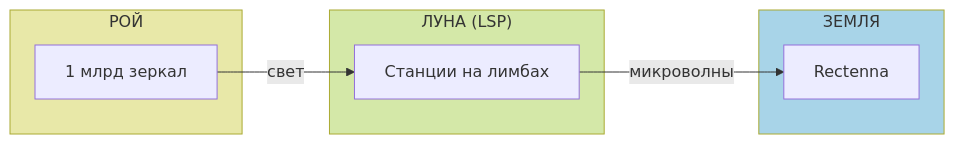
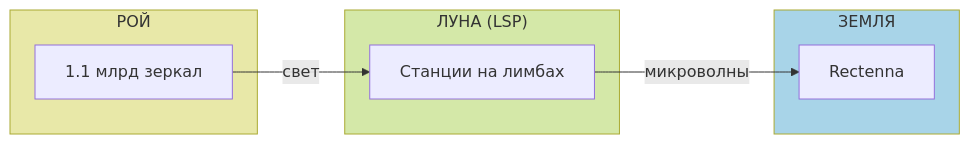
The third of 7 diagrams in ru/science/summaries/production.qmd (DmitryNasikanov/infinite-energy), drawn with Mermaid before and after one commit. The commit also changed other lines of this file and 15 other files, not shown here.

````diff
--- a/ru/science/summaries/production.qmd
+++ b/ru/science/summaries/production.qmd
@@ -91,22 +91,22 @@
 ```{mermaid}
 %%| fig-width: 10
 flowchart LR
     subgraph РОЙ["РОЙ"]
-        R1["1 млрд зеркал"]
+        R1["1.1 млрд зеркал"]
     end
 
     subgraph ЛУНА["ЛУНА (LSP)"]
         L4["Станции на лимбах"]
     end
 
     subgraph ЗЕМЛЯ["ЗЕМЛЯ"]
         H1["Rectenna"]
     end
 
     R1 -->|"свет"| L4
     L4 -->|"микроволны"| H1
 
     style РОЙ fill:#e8e8a8
     style ЛУНА fill:#d4e8a8
     style ЗЕМЛЯ fill:#a8d4e8
 ```
````
